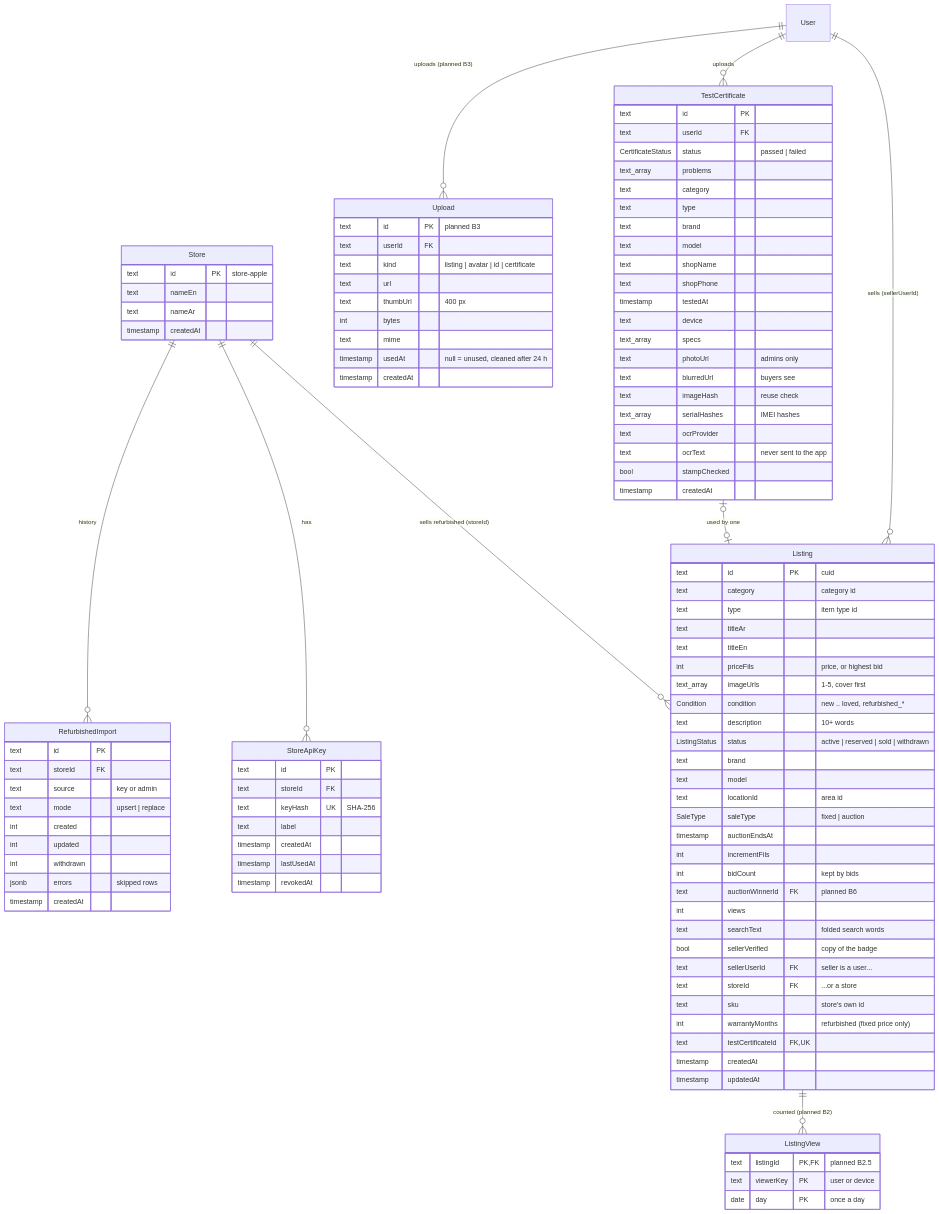
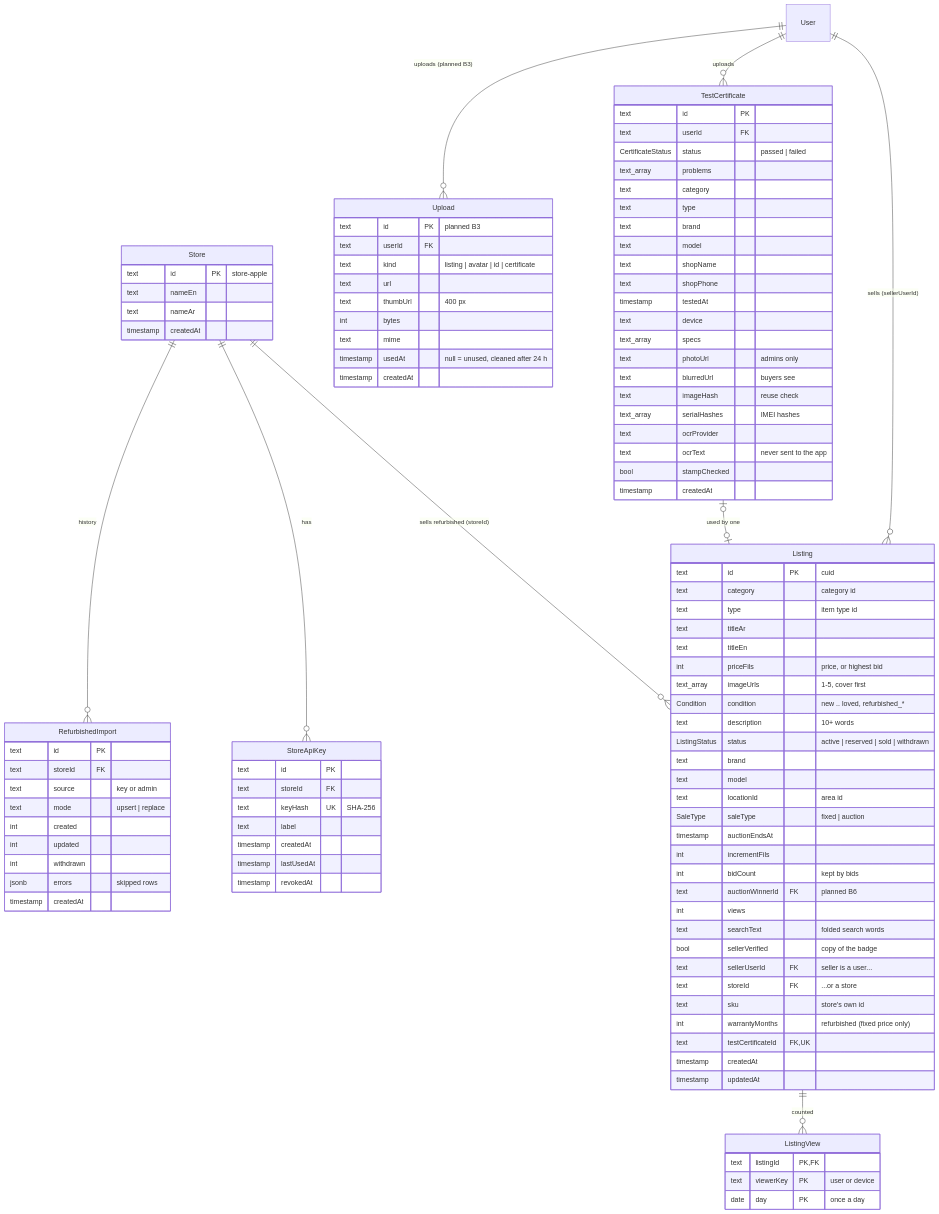
Before and after one commit to mustafa-kilany/madmoon-deals: the third of 6 diagrams in docs/DATABASE.md, drawn with Mermaid. The commit also changed other lines of this file and 11 other files, not shown here.

```diff
--- a/docs/DATABASE.md
+++ b/docs/DATABASE.md
@@ -159,7 +159,7 @@
   Store ||--o{ RefurbishedImport : "history"
   User ||--o{ TestCertificate : uploads
   TestCertificate |o--o| Listing : "used by one"
-  Listing ||--o{ ListingView : "counted (planned B2)"
+  Listing ||--o{ ListingView : "counted"
   User ||--o{ Upload : "uploads (planned B3)"
   Listing {
     text id PK "cuid"
@@ -241,7 +241,7 @@
     timestamp createdAt
   }
   ListingView {
-    text listingId PK,FK "planned B2.5"
+    text listingId PK,FK
     text viewerKey PK "user or device"
     date day PK "once a day"
   }
```
